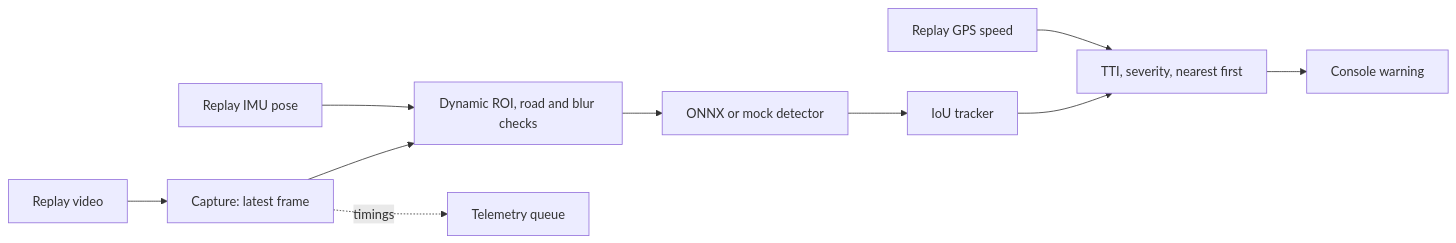
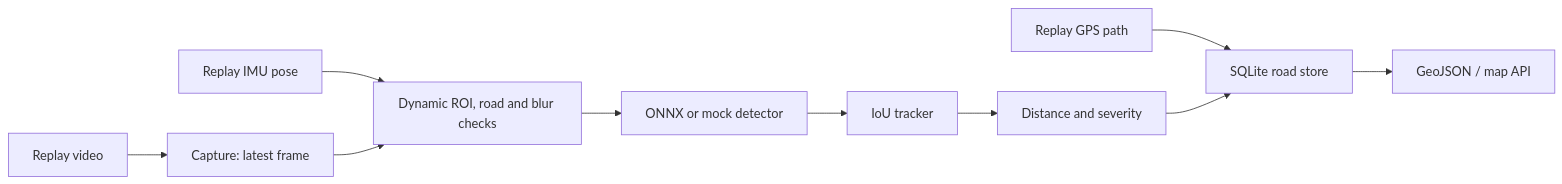
Before and after one commit to Rakshit-Mathur/Pothole-Severity-and-Route-Risk-Prediction: the diagram in docs/ARCHITECTURE.md, drawn with Mermaid. The commit also changed other lines of this file and 30 other files, not shown here.

````diff
--- a/docs/ARCHITECTURE.md
+++ b/docs/ARCHITECTURE.md
@@ -3,12 +3,12 @@
 ```mermaid
 flowchart LR
   Vid[Replay video] --> Cap[Capture: latest frame]
   Pose[Replay IMU pose] --> ROI
-  Speed[Replay GPS speed] --> Dec[Decision]
+  GPS[Replay GPS path] --> Store[SQLite road store]
   Cap --> ROI[Dynamic ROI, road and blur checks]
   ROI --> Det[ONNX or mock detector]
   Det --> Trk[IoU tracker]
-  Trk --> Dec[TTI, severity, nearest first]
-  Dec --> Warn[Console warning]
-  Cap -. timings .-> Tel[Telemetry queue]
+  Trk --> Dec[Distance and severity]
+  Dec --> Store
+  Store --> Map[GeoJSON / map API]
 ```
````
